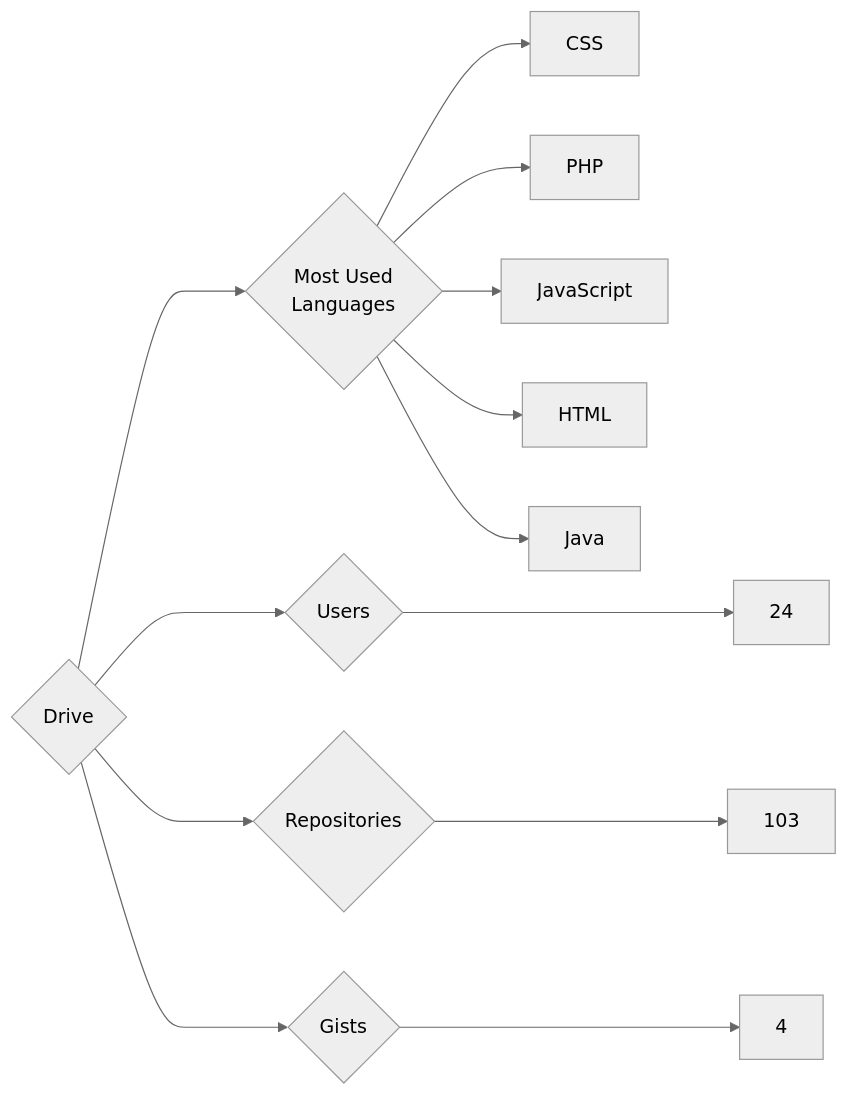
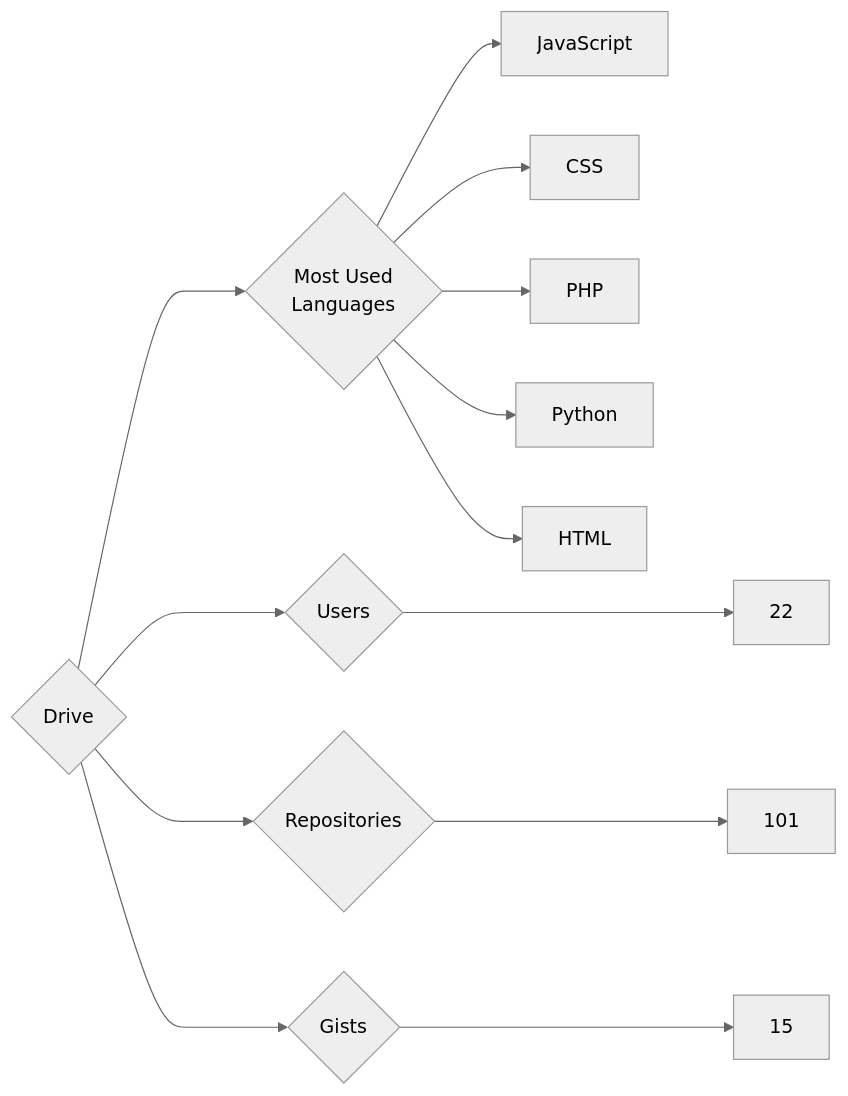
One commit to trickest/insiders changed the diagram in targets/Drive/README.md. Above: the diagram before and after it, drawn with Mermaid (neutral theme). The commit also changed 951 other files, not shown here.

````diff
--- a/targets/Drive/README.md
+++ b/targets/Drive/README.md
@@ -3,13 +3,13 @@
 ```mermaid
 graph LR
 COMPANY_NAME{Drive}
-COMPANY_NAME ---> U{Users} ---> UN[24]
-COMPANY_NAME ---> R{Repositories} ---> RN[103]
-COMPANY_NAME ---> G{Gists} ---> GN[4]
+COMPANY_NAME ---> U{Users} ---> UN[22]
+COMPANY_NAME ---> R{Repositories} ---> RN[101]
+COMPANY_NAME ---> G{Gists} ---> GN[15]
 COMPANY_NAME ---> ML{Most Used<br>Languages}
+ML --> JavaScript[JavaScript]
 ML --> CSS[CSS]
 ML --> PHP[PHP]
-ML --> JavaScript[JavaScript]
+ML --> Python[Python]
 ML --> HTML[HTML]
-ML --> Java[Java]
 ```
````
